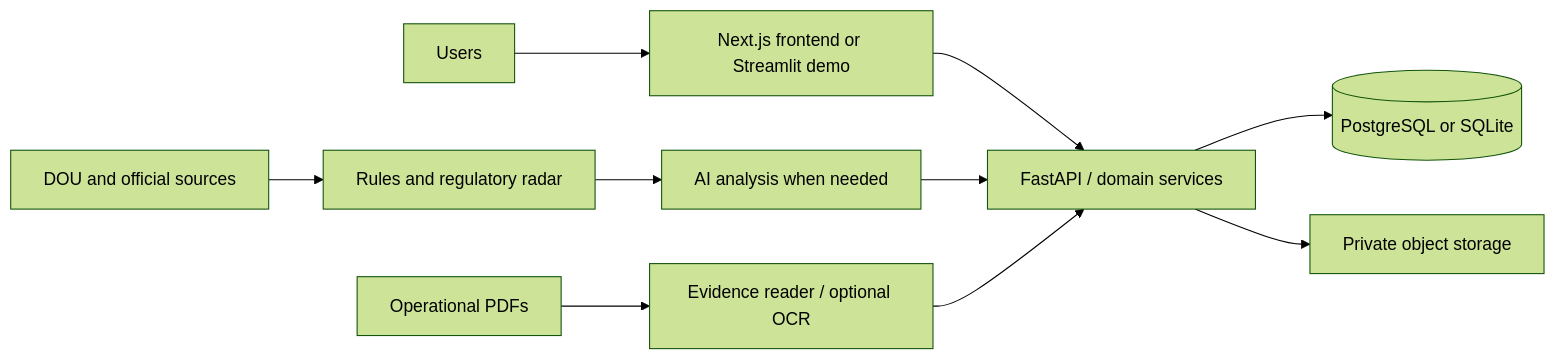
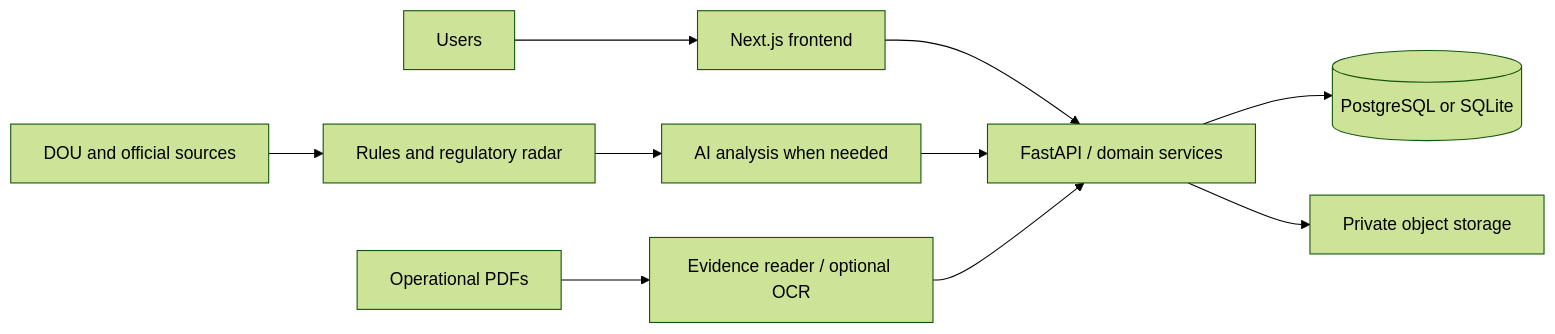
One commit to Samzax/hackathon-vx-d02 changed the diagram in README.md. Above: the diagram before and after it, drawn with Mermaid (forest theme). The commit also changed other lines of this file and 19 other files, not shown here.

````diff
--- a/README.md
+++ b/README.md
@@ -103,12 +89,12 @@
 ```mermaid
 flowchart LR
-    U[Users] --> F[Next.js frontend or Streamlit demo]
+    U[Users] --> F[Next.js frontend]
     F --> A[FastAPI / domain services]
     D[DOU and official sources] --> R[Rules and regulatory radar]
     R --> M[AI analysis when needed]
     O[Operational PDFs] --> E[Evidence reader / optional OCR]
     M --> A
     E --> A
     A --> P[(PostgreSQL or SQLite)]
     A --> S[Private object storage]
 ```
````
